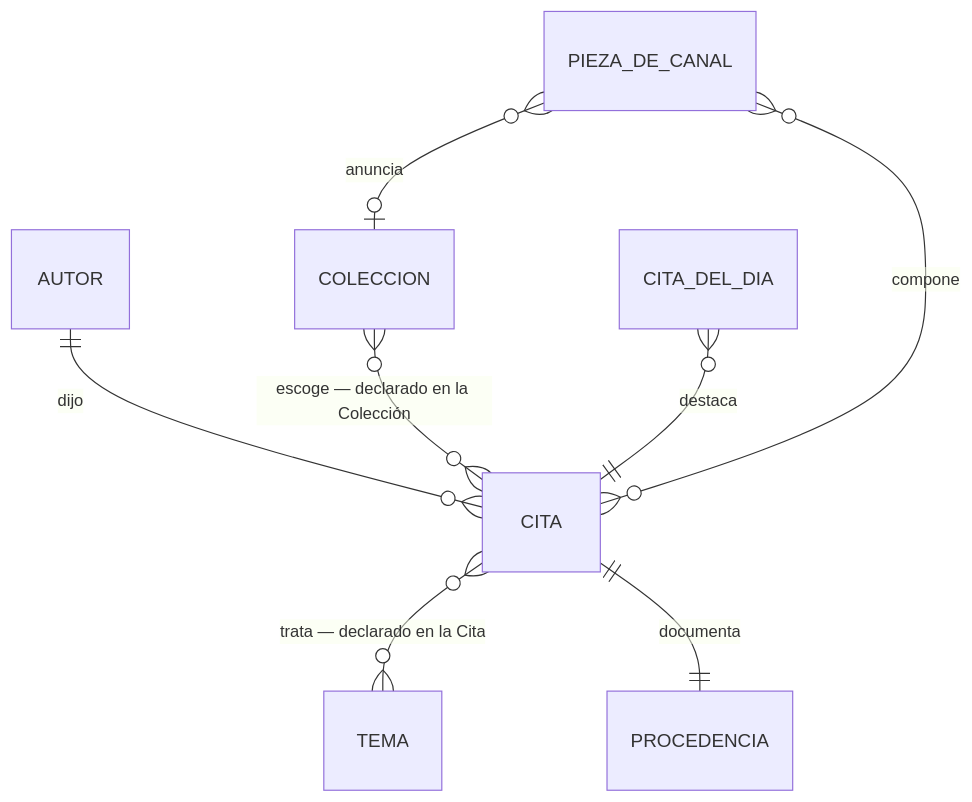
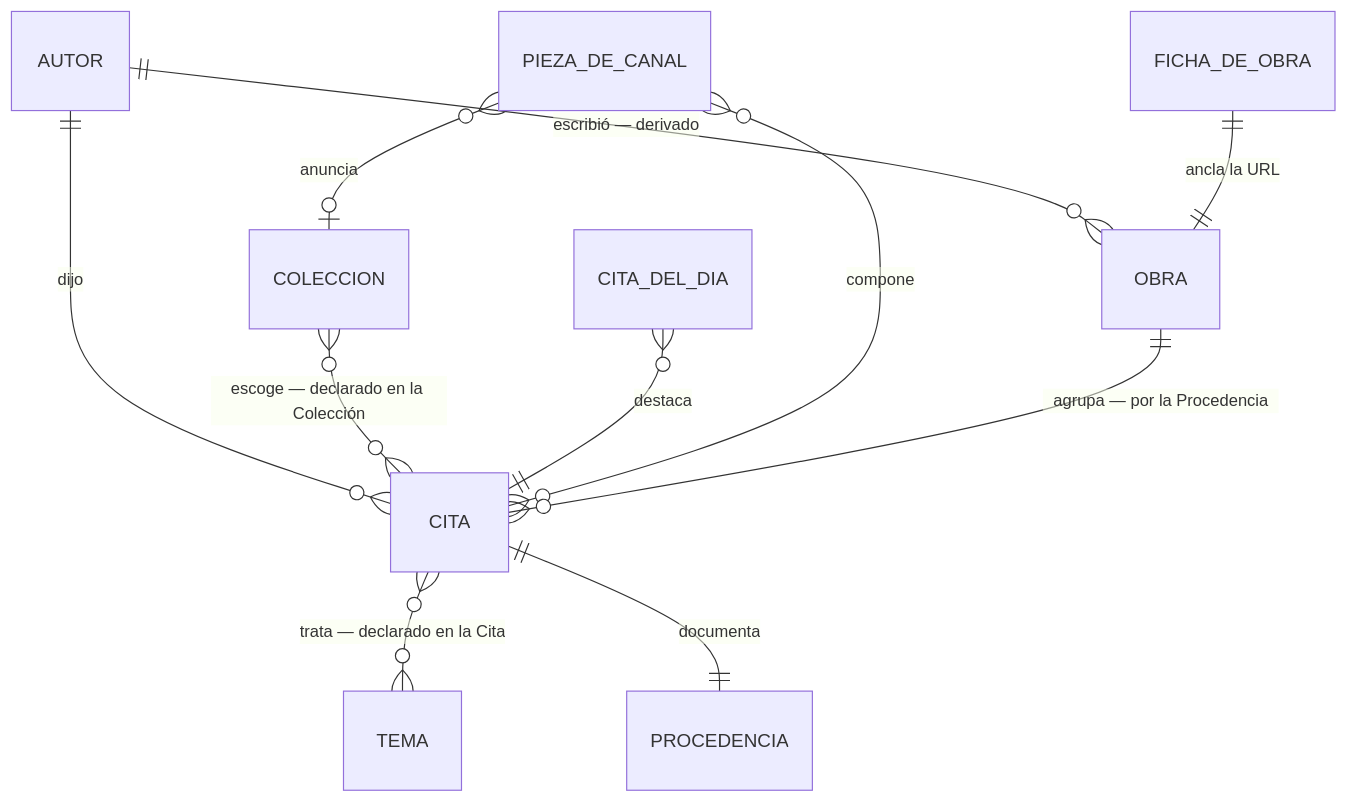
Before and after one commit to HectorGlez4/hectorglez4.github.io: the second of 2 diagrams in _bmad-output/planning-artifacts/architecture/architecture-brainlySabiduria-2026-08-10/ARCHITECTURE-SPINE.md, drawn with Mermaid. The commit also changed other lines of this file and 2 other files, not shown here.

First line of the commit message:
docs(arquitectura): la espina v7.1 — la Obra es superficie, con una ficha que ancla su URL

````diff
--- a/_bmad-output/planning-artifacts/architecture/architecture-brainlySabiduria-2026-08-10/ARCHITECTURE-SPINE.md
+++ b/_bmad-output/planning-artifacts/architecture/architecture-brainlySabiduria-2026-08-10/ARCHITECTURE-SPINE.md
@@ -329,10 +363,13 @@
 ```mermaid
 erDiagram
   AUTOR ||--o{ CITA : "dijo"
   CITA }o--o{ TEMA : "trata — declarado en la Cita"
   COLECCION }o--o{ CITA : "escoge — declarado en la Colección"
   CITA ||--|| PROCEDENCIA : "documenta"
   CITA_DEL_DIA }o--|| CITA : "destaca"
   PIEZA_DE_CANAL }o--o{ CITA : "compone"
   PIEZA_DE_CANAL }o--o| COLECCION : "anuncia"
+  AUTOR ||--o{ OBRA : "escribió — derivado"
+  OBRA ||--o{ CITA : "agrupa — por la Procedencia"
+  FICHA_DE_OBRA ||--|| OBRA : "ancla la URL"
 ```
````
